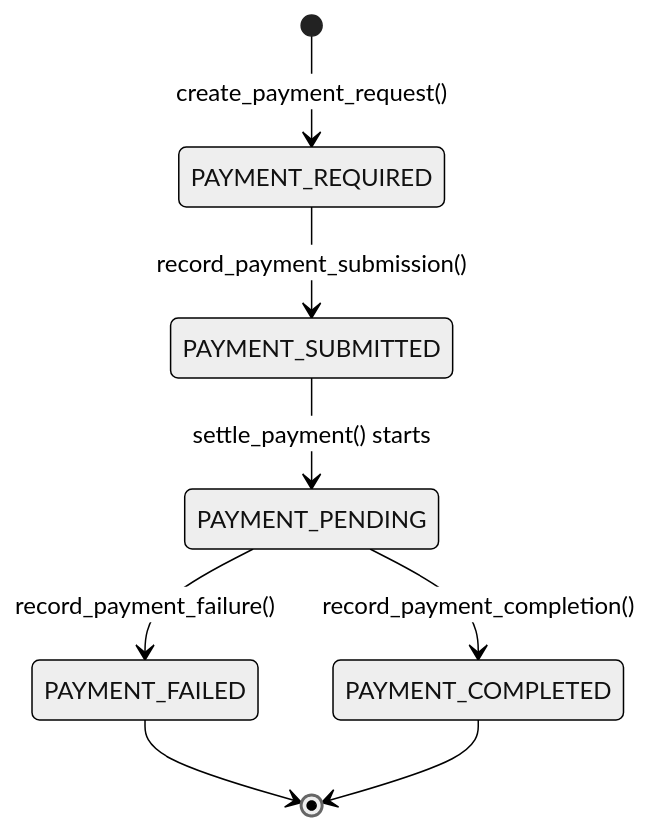
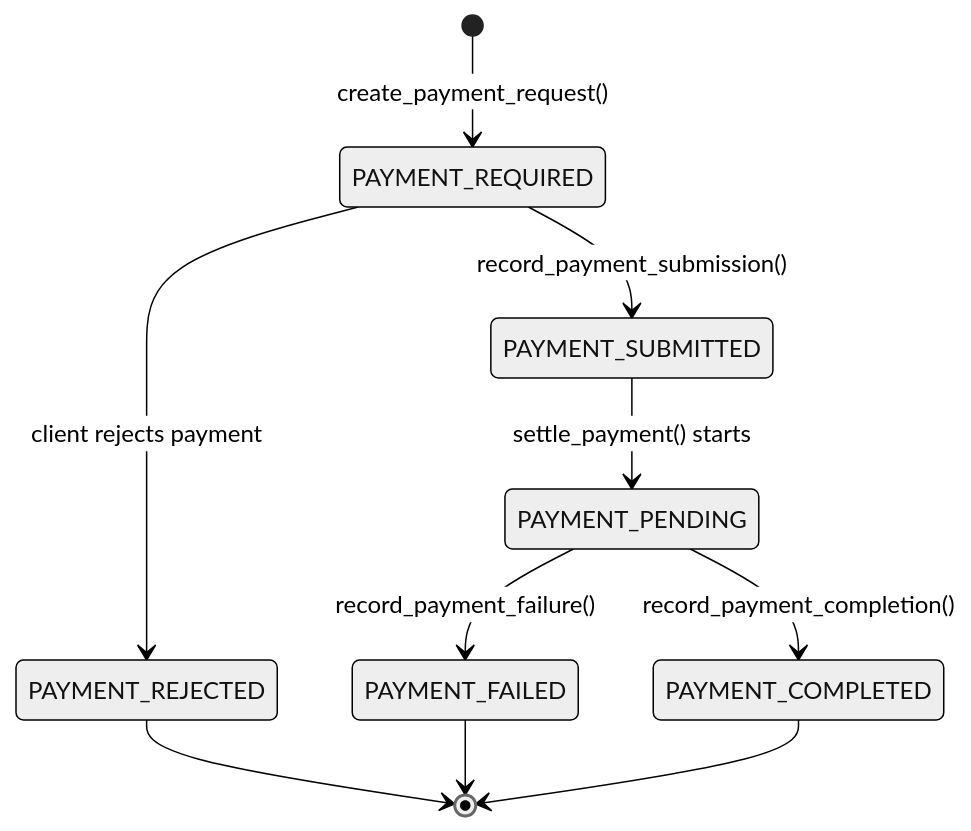
Before and after one commit to google-agentic-commerce/a2a-x402: the diagram in python/a2a_x402/README.md, drawn with Mermaid (neutral theme). The commit also changed other lines of this file and 21 other files, not shown here.

````diff
--- a/python/a2a_x402/README.md
+++ b/python/a2a_x402/README.md
@@ -889,10 +878,12 @@
 ```mermaid
 stateDiagram-v2
     [*] --> PAYMENT_REQUIRED: create_payment_request()
+    PAYMENT_REQUIRED --> PAYMENT_REJECTED: client rejects payment
     PAYMENT_REQUIRED --> PAYMENT_SUBMITTED: record_payment_submission()
     PAYMENT_SUBMITTED --> PAYMENT_PENDING: settle_payment() starts
     PAYMENT_PENDING --> PAYMENT_COMPLETED: record_payment_completion()
     PAYMENT_PENDING --> PAYMENT_FAILED: record_payment_failure()
+    PAYMENT_REJECTED --> [*]
     PAYMENT_FAILED --> [*]
     PAYMENT_COMPLETED --> [*]
 ```
````
